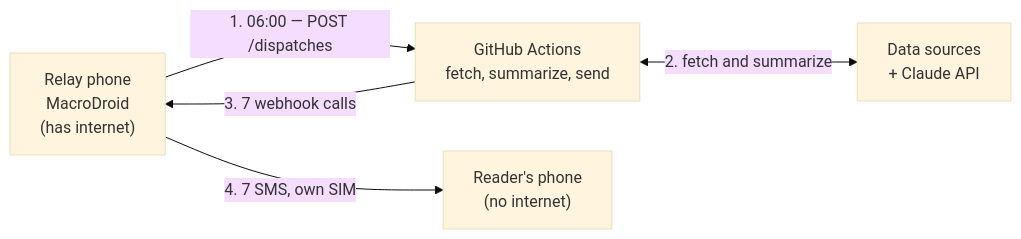
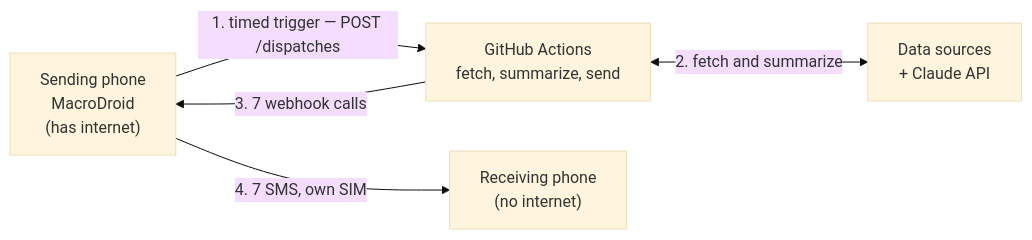
Before and after one commit to haktanonur/morning-wire: the first of 2 diagrams in docs/architecture.md, drawn with Mermaid (base theme). The commit also changed other lines of this file and 5 other files, not shown here.

````diff
--- a/docs/architecture.md
+++ b/docs/architecture.md
@@ -7,12 +7,12 @@
 ```mermaid
 flowchart LR
-    P["Relay phone<br/>MacroDroid<br/>(has internet)"]
+    P["Sending phone<br/>MacroDroid<br/>(has internet)"]
     G["GitHub Actions<br/>fetch, summarize, send"]
     S["Data sources<br/>+ Claude API"]
-    R["Reader's phone<br/>(no internet)"]
+    R["Receiving phone<br/>(no internet)"]
 
-    P -->|"1. 06:00 — POST /dispatches"| G
+    P -->|"1. timed trigger — POST /dispatches"| G
     G <-->|"2. fetch and summarize"| S
     G -->|"3. 7 webhook calls"| P
     P -->|"4. 7 SMS, own SIM"| R
 ```
````
